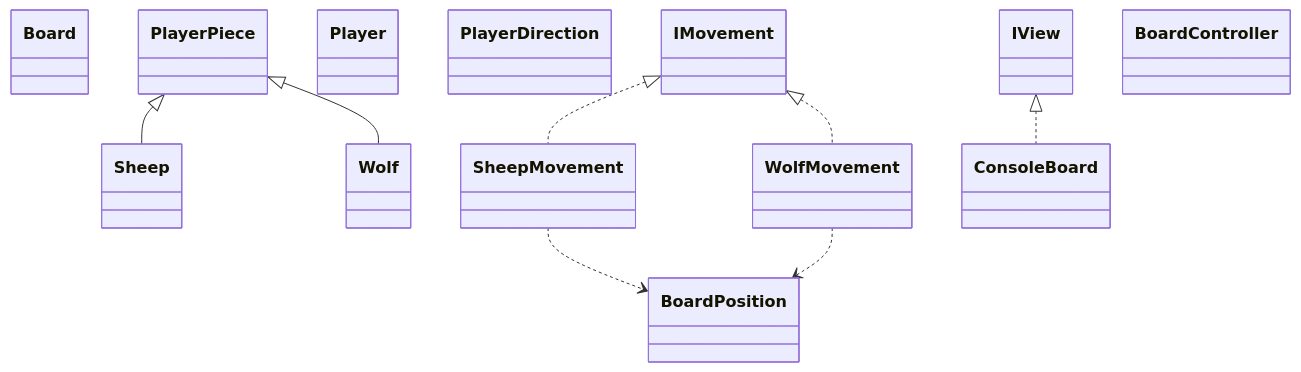
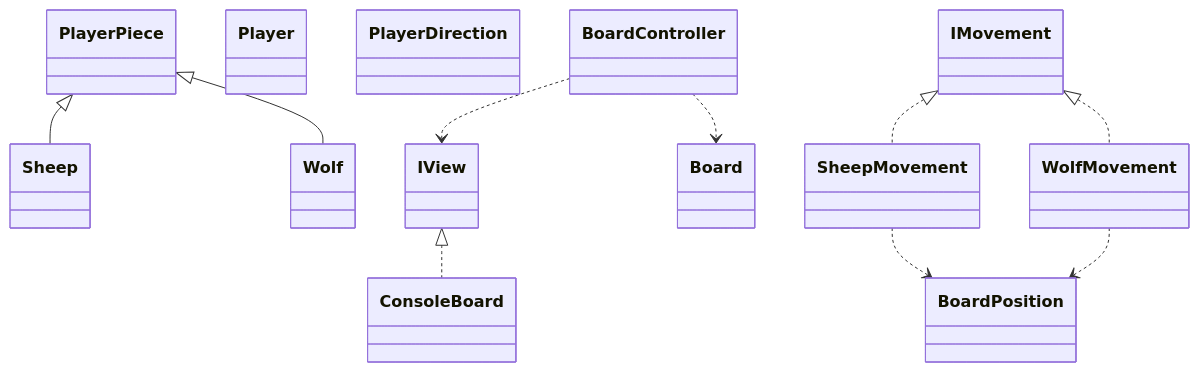
One commit to RicardoMota22/ProjDeRecurso changed the diagram in README.md. Above: the diagram before and after it, drawn with Mermaid.

Commit message:
add check if mermaid example of actual project works.pt5

````diff
--- a/README.md
+++ b/README.md
@@ -41,62 +41,65 @@
 ```mermaid
 classDiagram
     class Board {
         
     }
 
     class BoardPosition {
         
     }
     class IMovement {
         
     }
     class Player {
         
     }
 
     class PlayerDirection {
         
     }
 
     class PlayerPiece {
         
     }
 
     class Sheep {
         
     }
 
     class SheepMovement {
         
     }
     class Wolf {
         
     }
     class WolfMovement {
         
     }
 
     class ConsoleBoard {
         
     }
     class IView {
         
     }
     class BoardController {
         
     }
 
     PlayerPiece <|-- Sheep
     PlayerPiece <|-- Wolf
 
     IMovement <|.. SheepMovement
     IMovement <|.. WolfMovement
 
     IView <|.. ConsoleBoard
 
     WolfMovement ..> BoardPosition
     SheepMovement ..> BoardPosition
 
+    BoardController ..> IView
+    BoardController ..> Board
+
 
 
 ```
````
